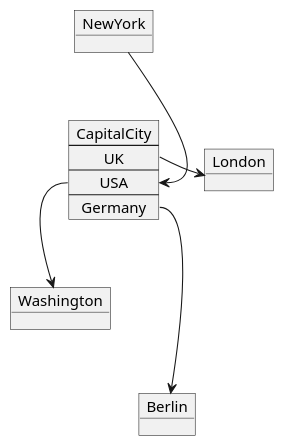
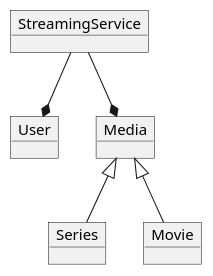
One commit to Studiegruppe-B/SP3-Streamingtjeneste changed the diagram in doc/static/objectDiagram.puml. Above: the diagram before and after it, drawn with PlantUML.

Commit message:
Commit objectDiagram.puml

```diff
--- a/doc/static/objectDiagram.puml
+++ b/doc/static/objectDiagram.puml
@@ -1,16 +1,15 @@
 @startuml
 'https://plantuml.com/object-diagram
 
-object London
-object Washington
-object Berlin
-object NewYork
+object User
+object StreamingService
+object Media
+object Series
+object Movie
 
-map CapitalCity {
- UK *-> London
- USA *--> Washington
- Germany *---> Berlin
-}
+StreamingService --* User
+StreamingService --* Media
+Media <|-- Series
+Media <|-- Movie
 
-NewYork --> CapitalCity::USA
 @enduml
```
